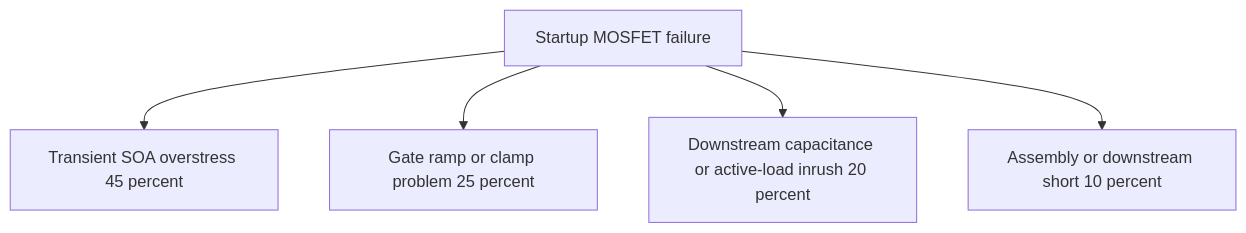
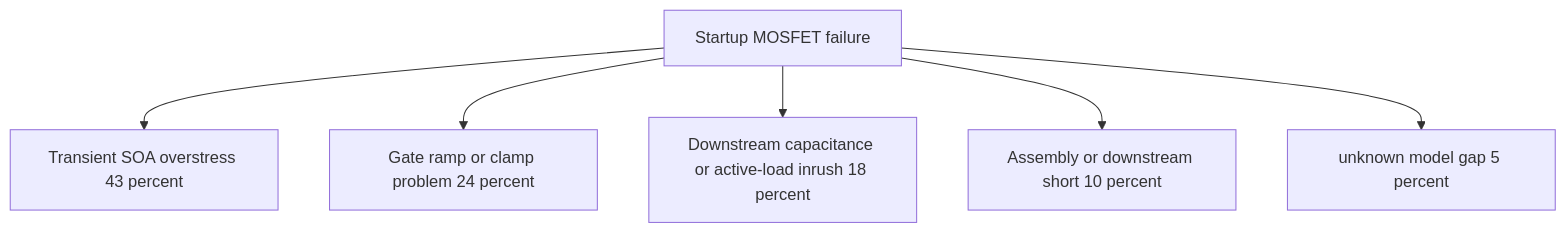
Before and after one commit to joyhpc/DebugTool: the second of 3 diagrams in regression/output_validator_smoke_cases/architecture_hotswap_good.md, drawn with Mermaid. The commit also changed other lines of this file and 13 other files, not shown here.

````diff
--- a/regression/output_validator_smoke_cases/architecture_hotswap_good.md
+++ b/regression/output_validator_smoke_cases/architecture_hotswap_good.md
@@ -53,7 +55,8 @@
 ```mermaid
 flowchart TD
-H0[Startup MOSFET failure] --> H1[Transient SOA overstress 45 percent]
-H0 --> H2[Gate ramp or clamp problem 25 percent]
-H0 --> H3[Downstream capacitance or active-load inrush 20 percent]
+H0[Startup MOSFET failure] --> H1[Transient SOA overstress 43 percent]
+H0 --> H2[Gate ramp or clamp problem 24 percent]
+H0 --> H3[Downstream capacitance or active-load inrush 18 percent]
 H0 --> H4[Assembly or downstream short 10 percent]
+H0 --> H5[unknown model gap 5 percent]
 ```
````
